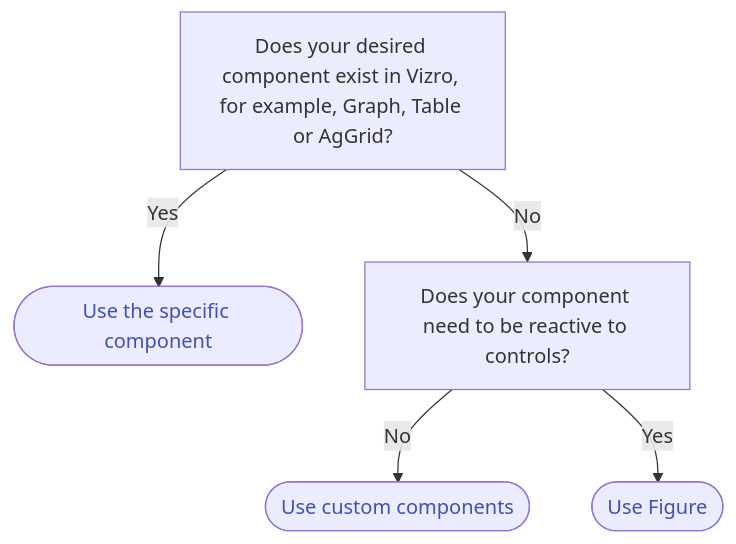
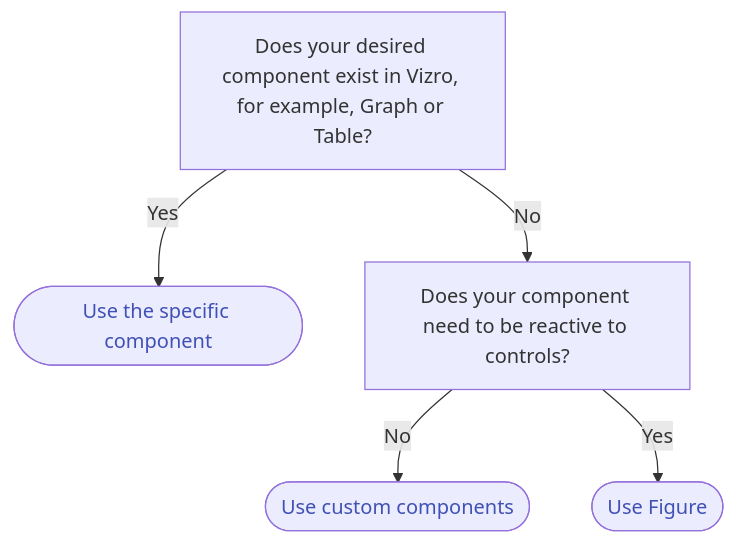
Before and after one commit to mckinsey/vizro: the diagram in vizro-core/docs/pages/user-guides/figure.md, drawn with Mermaid. The commit also changed other lines of this file and 176 other files, not shown here.

````diff
--- a/vizro-core/docs/pages/user-guides/figure.md
+++ b/vizro-core/docs/pages/user-guides/figure.md
@@ -27,19 +27,19 @@
 ```mermaid
 graph TD
-  first["`Does your desired component exist in Vizro, for example, Graph, Table or AgGrid?`"]
+  first["`Does your desired component exist in Vizro, for example, Graph or Table?`"]
   specific-component([Use the specific component])
   second["`Does your component need to be reactive to controls?`"]
   second-static([Use custom components])
   second-reactive([Use Figure])
 
   first -- Yes --> specific-component
   first -- No --> second
   second -- No --> second-static
   second -- Yes --> second-reactive
 
   click specific-component href "../components/"
   click second-static href "../custom-components/"
   click second-reactive href "#how-to-use-figures"
 
   classDef clickable color:#4051b5;
 ```
````
